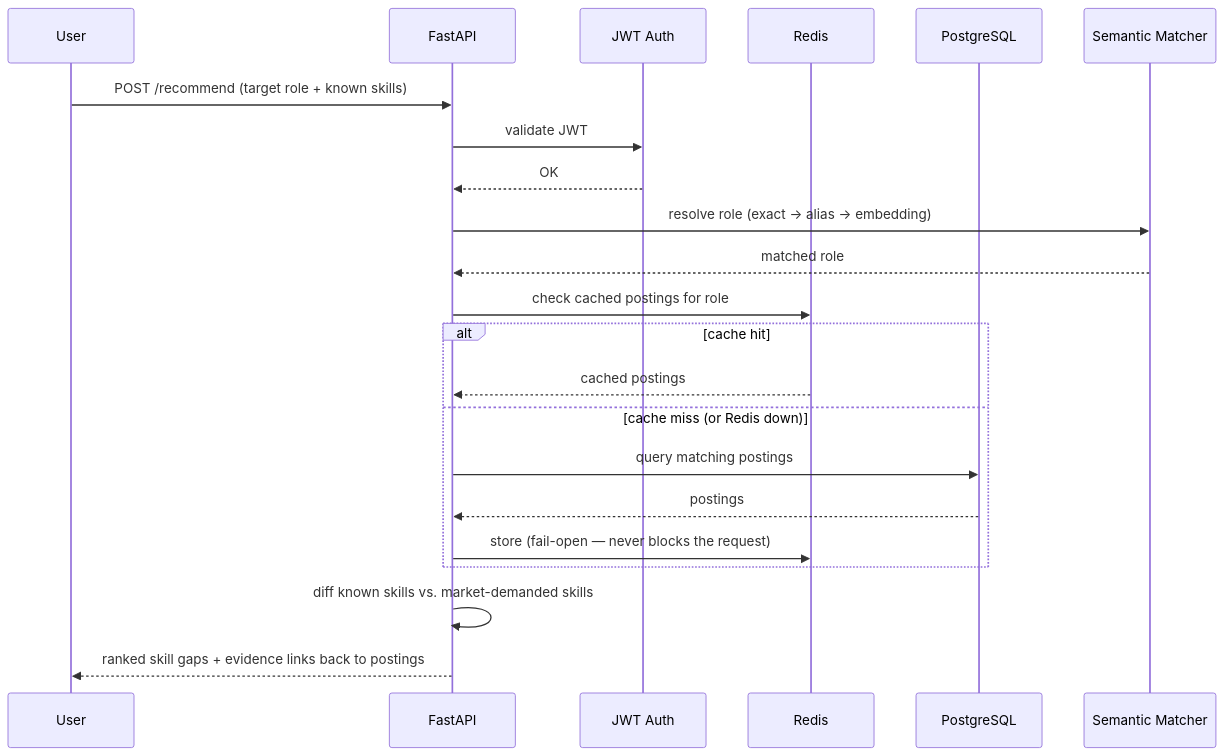
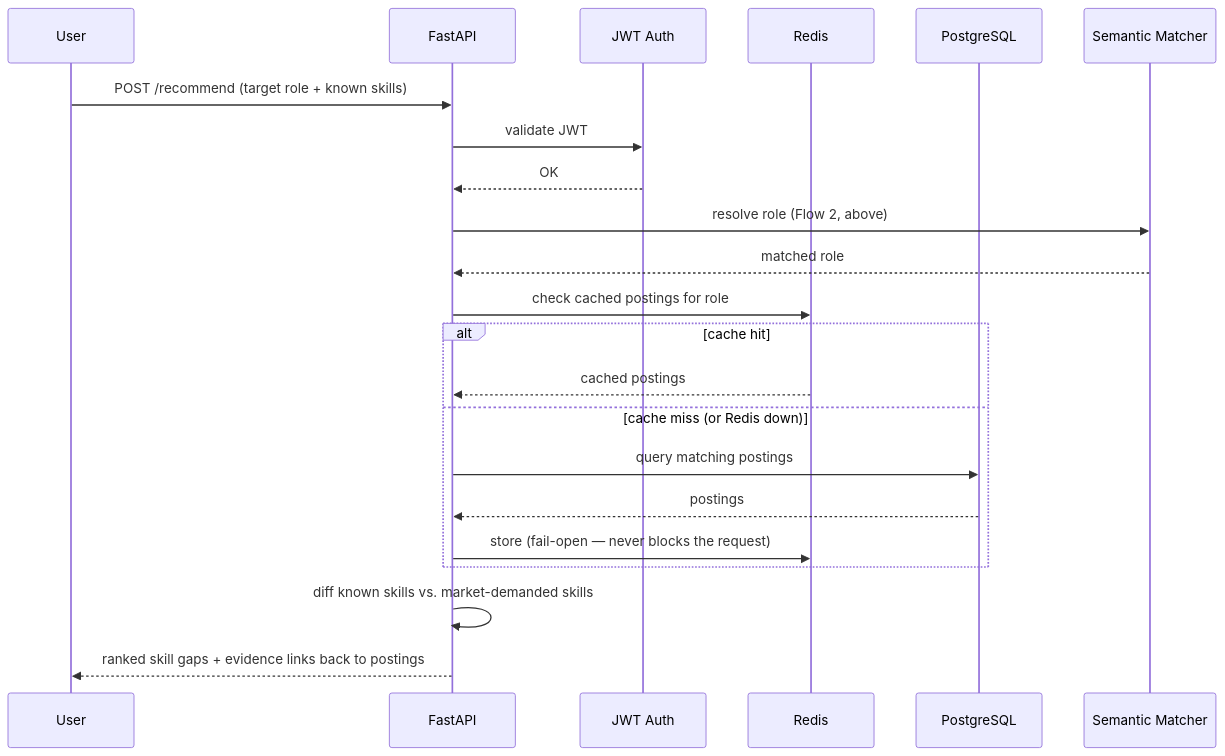
The fourth of 7 diagrams in README.md (DharmiSapariya/NextSkill), drawn with Mermaid before and after one commit. The commit also changed other lines of this file, not shown here.

Commit message:
docs: remove TOC, add flow-by-flow diagrams and explanations

````diff
--- a/README.md
+++ b/README.md
@@ -171,25 +147,25 @@
 ```mermaid
 sequenceDiagram
     participant U as User
     participant API as FastAPI
     participant Auth as JWT Auth
     participant Cache as Redis
     participant DB as PostgreSQL
     participant ML as Semantic Matcher
 
     U->>API: POST /recommend (target role + known skills)
     API->>Auth: validate JWT
     Auth-->>API: OK
-    API->>ML: resolve role (exact → alias → embedding)
+    API->>ML: resolve role (Flow 2, above)
     ML-->>API: matched role
     API->>Cache: check cached postings for role
     alt cache hit
         Cache-->>API: cached postings
     else cache miss (or Redis down)
         API->>DB: query matching postings
         DB-->>API: postings
         API->>Cache: store (fail-open — never blocks the request)
     end
     API->>API: diff known skills vs. market-demanded skills
     API-->>U: ranked skill gaps + evidence links back to postings
 ```
````
